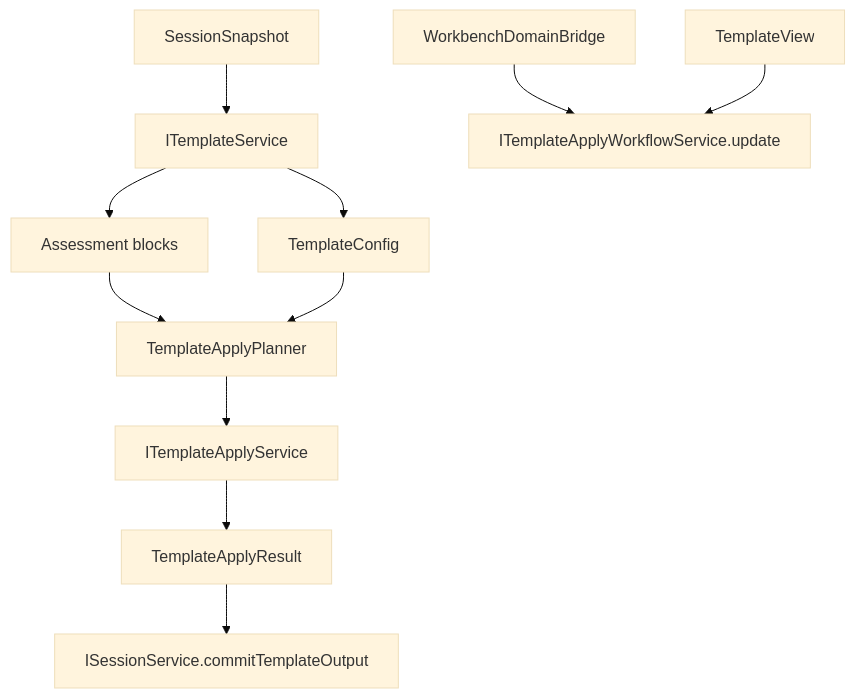
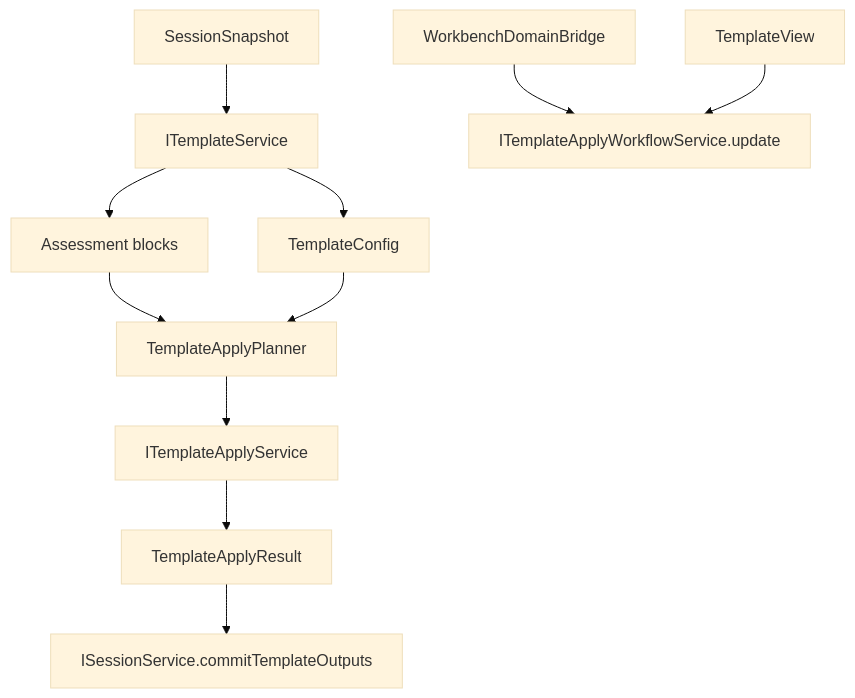
The diagram in .github/instructions/template.instructions.md (chogng/conductor), drawn with Mermaid (base theme) before and after one commit. The commit also changed other lines of this file and 12 other files, not shown here.

````diff
--- a/.github/instructions/template.instructions.md
+++ b/.github/instructions/template.instructions.md
@@ -71,13 +71,13 @@
 ```mermaid
 flowchart TD
     Snapshot[SessionSnapshot] --> Template[ITemplateService]
     Template --> Assessment[Assessment blocks]
     Template --> Config[TemplateConfig]
     DomainBridge[WorkbenchDomainBridge] --> Workflow[ITemplateApplyWorkflowService.update]
     TemplateView --> Workflow
     Assessment --> Planner[TemplateApplyPlanner]
     Config --> Planner
     Planner --> Worker[ITemplateApplyService]
     Worker --> Result[TemplateApplyResult]
-    Result --> Commit[ISessionService.commitTemplateOutput]
+    Result --> Commit[ISessionService.commitTemplateOutputs]
 ```
````
